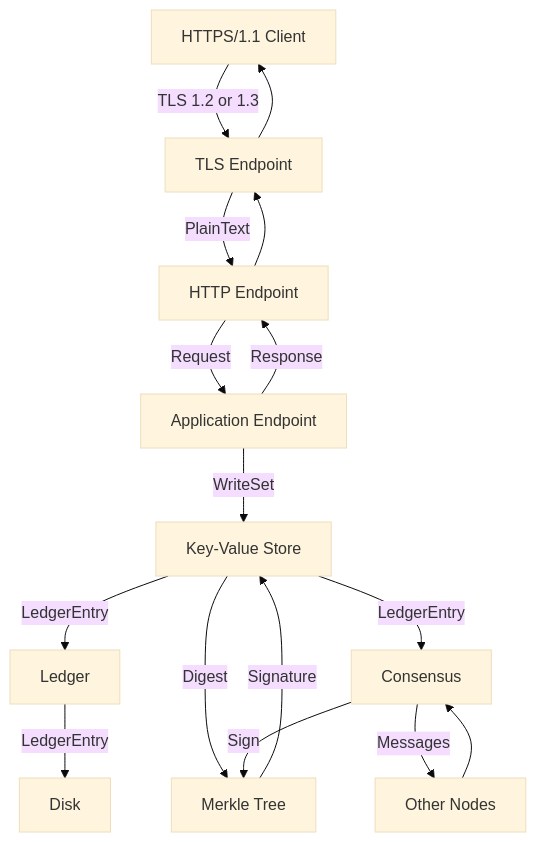
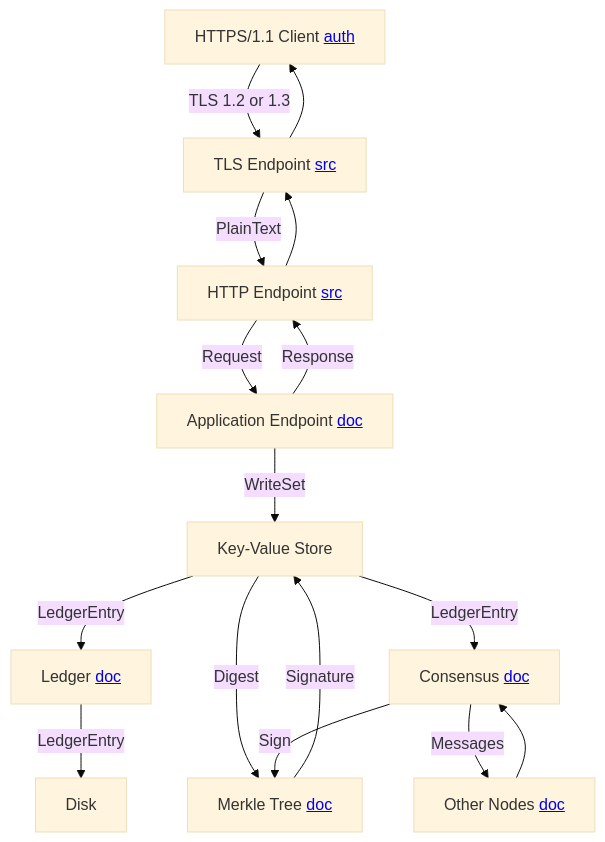
The diagram in doc/contribute/onboarding.rst (microsoft/CCF), drawn with Mermaid (base theme) before and after one commit. The commit also changed other lines of this file and 2 other files, not shown here.

```diff
--- a/doc/contribute/onboarding.rst
+++ b/doc/contribute/onboarding.rst
@@ -76,27 +76,18 @@
 .. mermaid::
 
     flowchart TB
-        Client[HTTPS/1.1 Client] -- TLS 1.2 or 1.3 --> TLSEndpoint
-        TLSEndpoint[TLS Endpoint] -- PlainText --> HTTPEndpoint
-        HTTPEndpoint[HTTP Endpoint] -- Request --> Endpoint[Application Endpoint]
+        Client[HTTPS/1.1 Client <a href='../build_apps/auth/index.html'>auth</a>] -- TLS 1.2 or 1.3 --> TLSEndpoint
+        TLSEndpoint[TLS Endpoint <a href='https://github.com/microsoft/CCF/blob/main/src/enclave/tls_endpoint.h'>src</a>] -- PlainText --> HTTPEndpoint
+        HTTPEndpoint[HTTP Endpoint <a href='https://github.com/microsoft/CCF/blob/main/src/http/http_endpoint.h'>src</a>] -- Request --> Endpoint[Application Endpoint <a href='../build_apps/api.html#application-endpoint-registration'>doc</a>]
         Endpoint -- Response --> HTTPEndpoint
         HTTPEndpoint --> TLSEndpoint
         TLSEndpoint --> Client
-        Endpoint -- WriteSet --> Store
-        Store -- LedgerEntry --> Ledger[Ledger]
+        Endpoint -- WriteSet --> Store[Store <a href='../build_apps/kv/index.html'>doc</a>]
+        Store -- LedgerEntry --> Ledger[Ledger <a href='../architecture/ledger.html'>doc</a>]
         Ledger -- LedgerEntry --> Disk
-        Store[Key-Value Store] -- Digest --> MerkleTree[Merkle Tree]
-        Store -- LedgerEntry --> Consensus[Consensus]
-        Consensus -- Messages --> OtherNodes[Other Nodes]
+        Store[Key-Value Store] -- Digest --> MerkleTree[Merkle Tree <a href='../architecture/merkle_tree.html'>doc</a>]
+        Store -- LedgerEntry --> Consensus[Consensus <a href='../architecture/consensus/index.html'>doc</a>]
+        Consensus -- Messages --> OtherNodes[Other Nodes <a href='../architecture/node_to_node.html'>doc</a>]
         OtherNodes --> Consensus
         Consensus -- Sign --> MerkleTree
         MerkleTree -- Signature --> Store
-        click Client "../build_apps/auth/index.html"
-        click TLSEndpoint "https://github.com/microsoft/CCF/blob/main/src/enclave/tls_endpoint.h"
-        click HTTPEndpoint "https://github.com/microsoft/CCF/blob/main/src/http/http_endpoint.h"
-        click Endpoint "../build_apps/api.html#application-endpoint-registration"
-        click Store "../build_apps/kv/index.html"
-        click Ledger "../architecture/ledger.html"
-        click MerkleTree "../architecture/merkle_tree.html"
-        click Consensus "../architecture/consensus/index.html"
-        click OtherNodes "../architecture/node_to_node.html"
```
